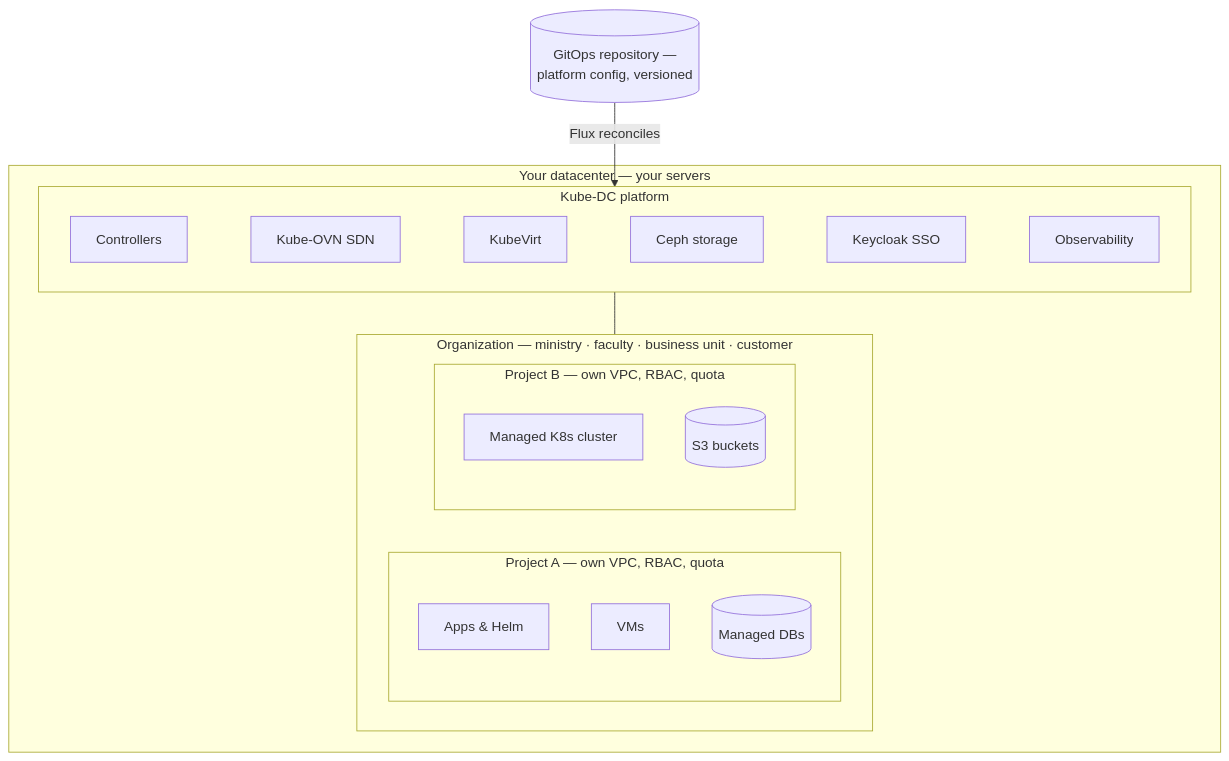
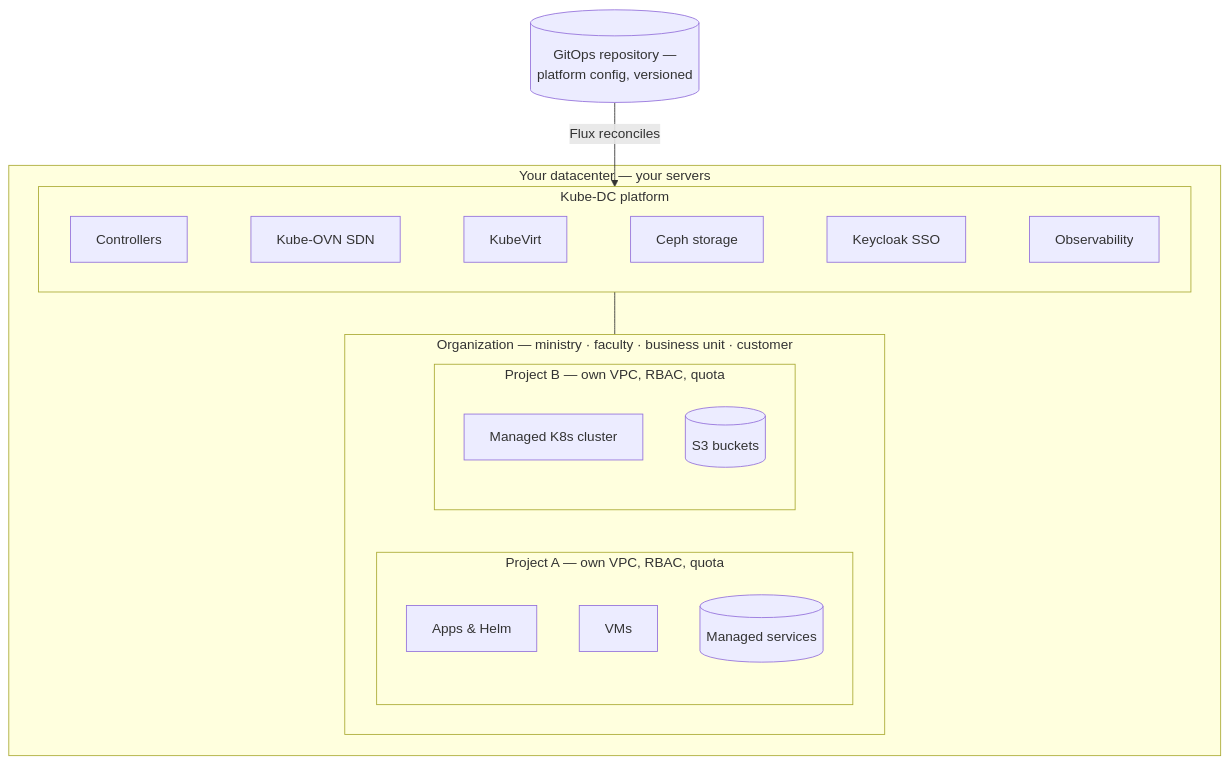
Before and after one commit to kube-dc/kube-dc-public: the first of 4 diagrams in docs/datasheet/draft-artifact-a-datasheet.md, drawn with Mermaid. The commit also changed other lines of this file and 60 other files, not shown here.

First line of the commit message:
docs: publish managed services guides, diagrams, and current UI captures

````diff
--- a/docs/datasheet/draft-artifact-a-datasheet.md
+++ b/docs/datasheet/draft-artifact-a-datasheet.md
@@ -75,23 +62,23 @@
 ```mermaid
 flowchart TB
   GIT[("GitOps repository —<br/>platform config, versioned")] -- "Flux reconciles" --> PLAT
   subgraph DC["Your datacenter — your servers"]
     subgraph PLAT["Kube-DC platform"]
       direction LR
       CTRL["Controllers"] ~~~ SDN["Kube-OVN SDN"] ~~~ VIRT["KubeVirt"] ~~~ STG["Ceph storage"] ~~~ IDP["Keycloak SSO"] ~~~ OBS["Observability"]
     end
     subgraph ORGA["Organization — ministry · faculty · business unit · customer"]
       direction LR
       subgraph PRJ1["Project A — own VPC, RBAC, quota"]
         W1["Apps & Helm"]
         W2["VMs"]
-        W3[("Managed DBs")]
+        W3[("Managed services")]
       end
       subgraph PRJ2["Project B — own VPC, RBAC, quota"]
         W4["Managed K8s cluster"]
         W5[("S3 buckets")]
       end
     end
     PLAT --- ORGA
   end
 ```
````
